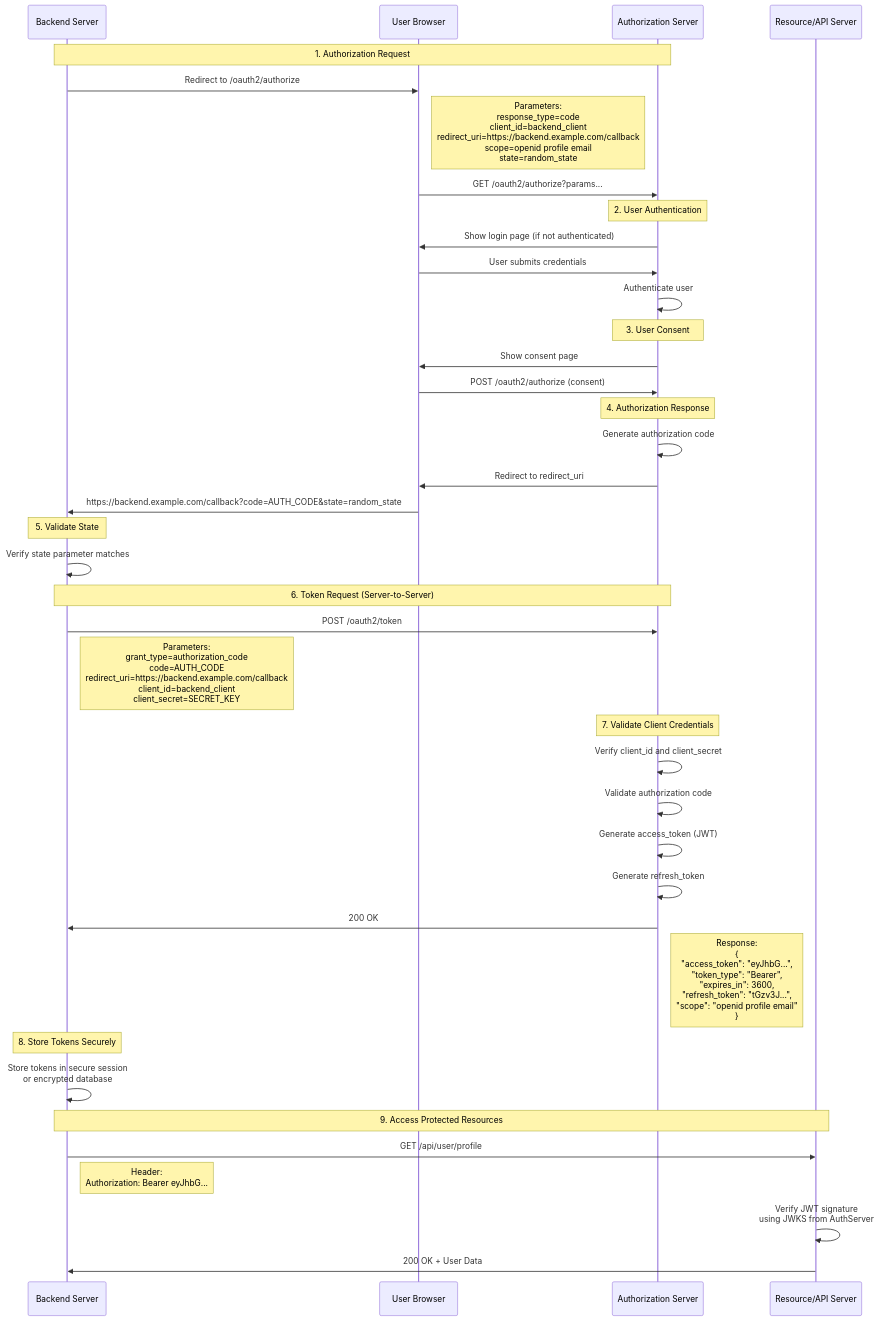
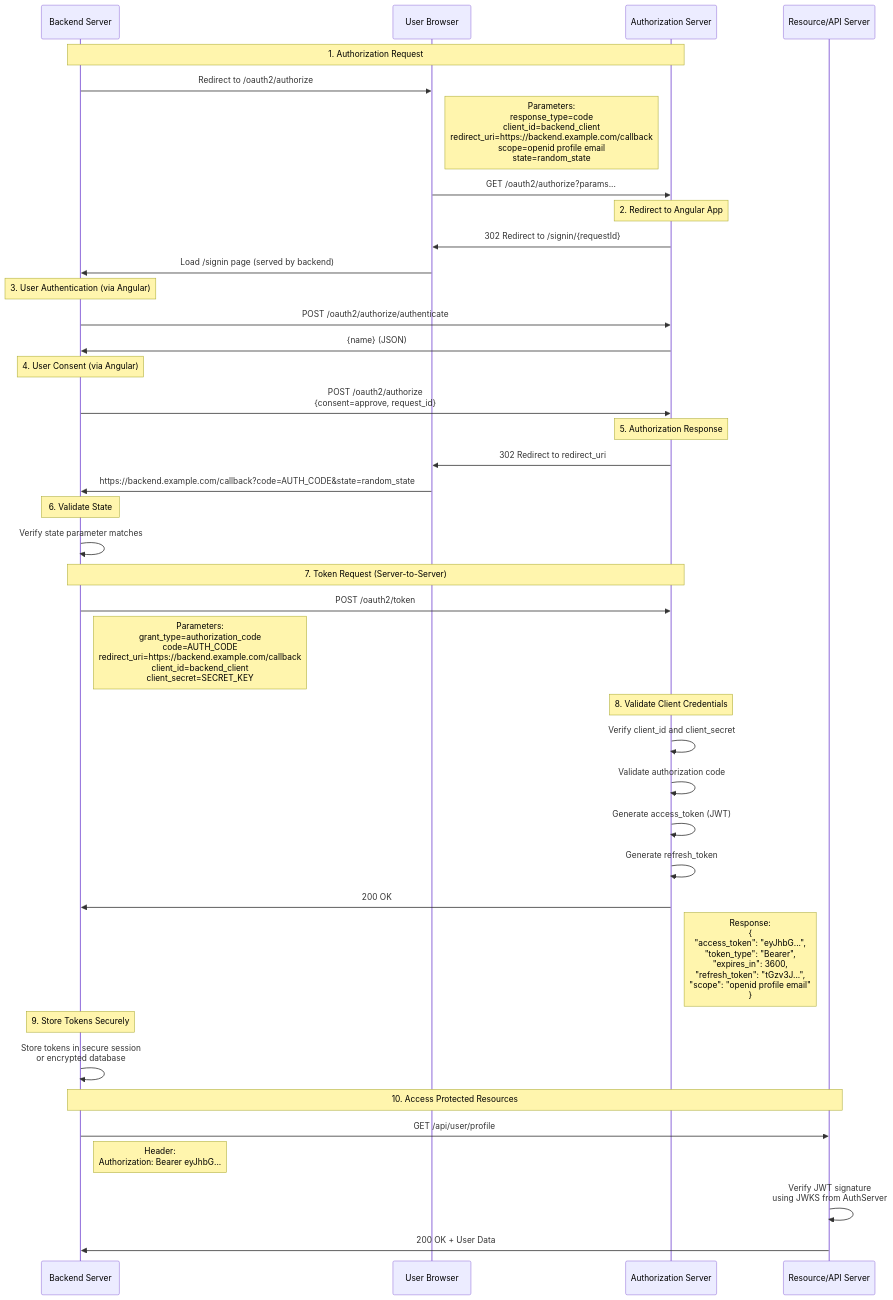
The second of 5 diagrams in FLOWS.md (abstratium-dev/abstrauth), drawn with Mermaid before and after one commit. The commit also changed other lines of this file and 2 other files, not shown here.

````diff
--- a/FLOWS.md
+++ b/FLOWS.md
@@ -151,53 +207,54 @@
 ```mermaid
 sequenceDiagram
     participant Backend as Backend Server
     participant Browser as User Browser
     participant AuthServer as Authorization Server
     participant ResourceServer as Resource/API Server
 
     Note over Backend,AuthServer: 1. Authorization Request
     Backend->>Browser: Redirect to /oauth2/authorize
     Note right of Browser: Parameters:<br/>response_type=code<br/>client_id=backend_client<br/>redirect_uri=https://backend.example.com/callback<br/>scope=openid profile email<br/>state=random_state
     
     Browser->>AuthServer: GET /oauth2/authorize?params...
     
-    Note over AuthServer: 2. User Authentication
-    AuthServer->>Browser: Show login page (if not authenticated)
-    Browser->>AuthServer: User submits credentials
-    AuthServer->>AuthServer: Authenticate user
+    Note over AuthServer: 2. Redirect to Angular App
+    AuthServer->>Browser: 302 Redirect to /signin/{requestId}
+    Browser->>Backend: Load /signin page (served by backend)
     
-    Note over AuthServer: 3. User Consent
-    AuthServer->>Browser: Show consent page
-    Browser->>AuthServer: POST /oauth2/authorize (consent)
+    Note over Backend: 3. User Authentication (via Angular)
+    Backend->>AuthServer: POST /oauth2/authorize/authenticate
+    AuthServer->>Backend: {name} (JSON)
     
-    Note over AuthServer: 4. Authorization Response
-    AuthServer->>AuthServer: Generate authorization code
-    AuthServer->>Browser: Redirect to redirect_uri
+    Note over Backend: 4. User Consent (via Angular)
+    Backend->>AuthServer: POST /oauth2/authorize<br/>{consent=approve, request_id}
+    
+    Note over AuthServer: 5. Authorization Response
+    AuthServer->>Browser: 302 Redirect to redirect_uri
     Browser->>Backend: https://backend.example.com/callback?code=AUTH_CODE&state=random_state
     
-    Note over Backend: 5. Validate State
+    Note over Backend: 6. Validate State
     Backend->>Backend: Verify state parameter matches
     
-    Note over Backend,AuthServer: 6. Token Request (Server-to-Server)
+    Note over Backend,AuthServer: 7. Token Request (Server-to-Server)
     Backend->>AuthServer: POST /oauth2/token
     Note right of Backend: Parameters:<br/>grant_type=authorization_code<br/>code=AUTH_CODE<br/>redirect_uri=https://backend.example.com/callback<br/>client_id=backend_client<br/>client_secret=SECRET_KEY
     
-    Note over AuthServer: 7. Validate Client Credentials
+    Note over AuthServer: 8. Validate Client Credentials
     AuthServer->>AuthServer: Verify client_id and client_secret
     AuthServer->>AuthServer: Validate authorization code
     AuthServer->>AuthServer: Generate access_token (JWT)
     AuthServer->>AuthServer: Generate refresh_token
     
     AuthServer->>Backend: 200 OK
     Note right of AuthServer: Response:<br/>{<br/>  "access_token": "eyJhbG...",<br/>  "token_type": "Bearer",<br/>  "expires_in": 3600,<br/>  "refresh_token": "tGzv3J...",<br/>  "scope": "openid profile email"<br/>}
     
-    Note over Backend: 8. Store Tokens Securely
+    Note over Backend: 9. Store Tokens Securely
     Backend->>Backend: Store tokens in secure session<br/>or encrypted database
     
-    Note over Backend,ResourceServer: 9. Access Protected Resources
+    Note over Backend,ResourceServer: 10. Access Protected Resources
     Backend->>ResourceServer: GET /api/user/profile
     Note right of Backend: Header:<br/>Authorization: Bearer eyJhbG...
     
     ResourceServer->>ResourceServer: Verify JWT signature<br/>using JWKS from AuthServer
     ResourceServer->>Backend: 200 OK + User Data
 ```
````
